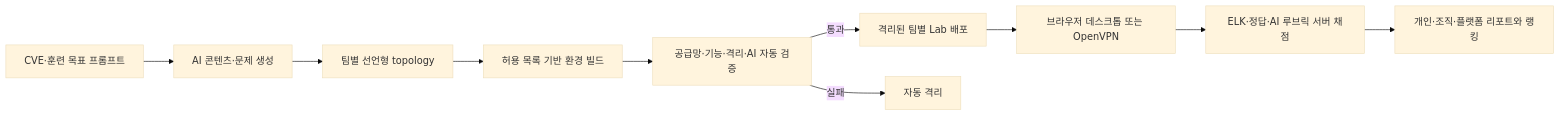
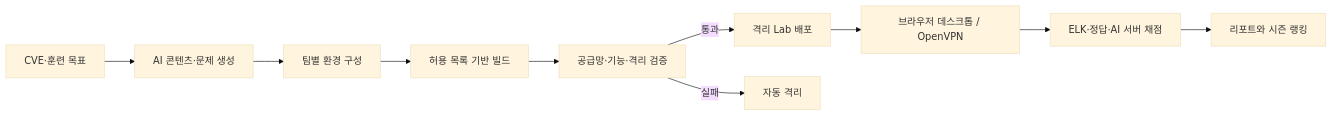
Before and after one commit to ijuns/zerotop: the diagram in README.md, drawn with Mermaid (base theme). The commit also changed other lines of this file, not shown here.

````diff
--- a/README.md
+++ b/README.md
@@ -31,12 +46,12 @@
 ```mermaid
 flowchart LR
-    Prompt["CVE·훈련 목표 프롬프트"] --> AI["AI 콘텐츠·문제 생성"]
-    AI --> Topology["팀별 선언형 topology"]
-    Topology --> Build["허용 목록 기반 환경 빌드"]
-    Build --> Validate["공급망·기능·격리·AI 자동 검증"]
-    Validate -->|통과| Run["격리된 팀별 Lab 배포"]
+    Prompt["CVE·훈련 목표"] --> AI["AI 콘텐츠·문제 생성"]
+    AI --> Topology["팀별 환경 구성"]
+    Topology --> Build["허용 목록 기반 빌드"]
+    Build --> Validate["공급망·기능·격리 검증"]
+    Validate -->|통과| Run["격리 Lab 배포"]
     Validate -->|실패| Quarantine["자동 격리"]
-    Run --> Workspace["브라우저 데스크톱 또는 OpenVPN"]
-    Workspace --> Grade["ELK·정답·AI 루브릭 서버 채점"]
-    Grade --> Report["개인·조직·플랫폼 리포트와 랭킹"]
+    Run --> Workspace["브라우저 데스크톱 / OpenVPN"]
+    Workspace --> Grade["ELK·정답·AI 서버 채점"]
+    Grade --> Report["리포트와 시즌 랭킹"]
 ```
````
